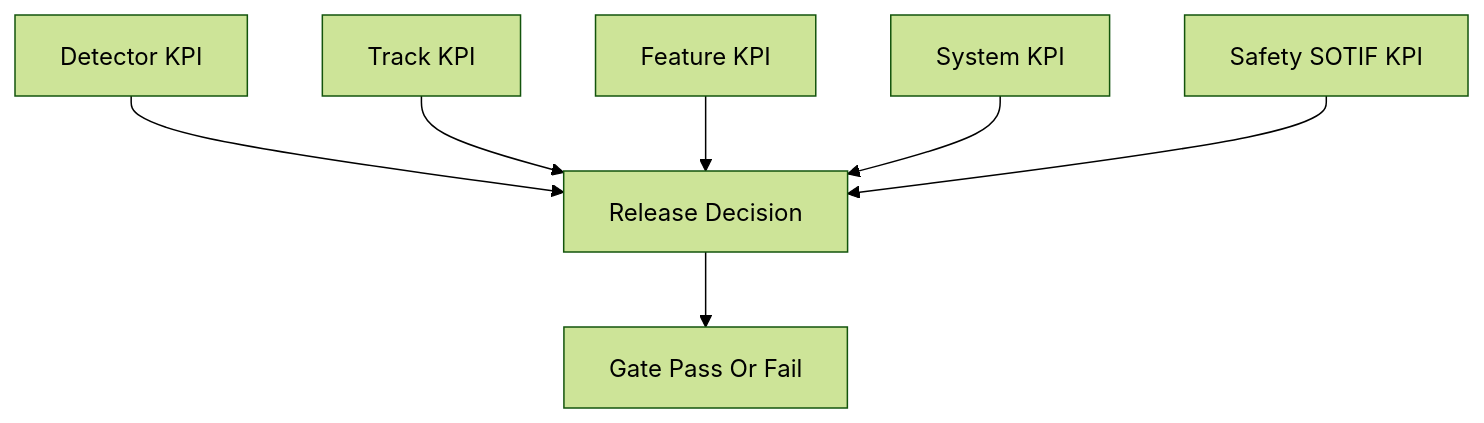
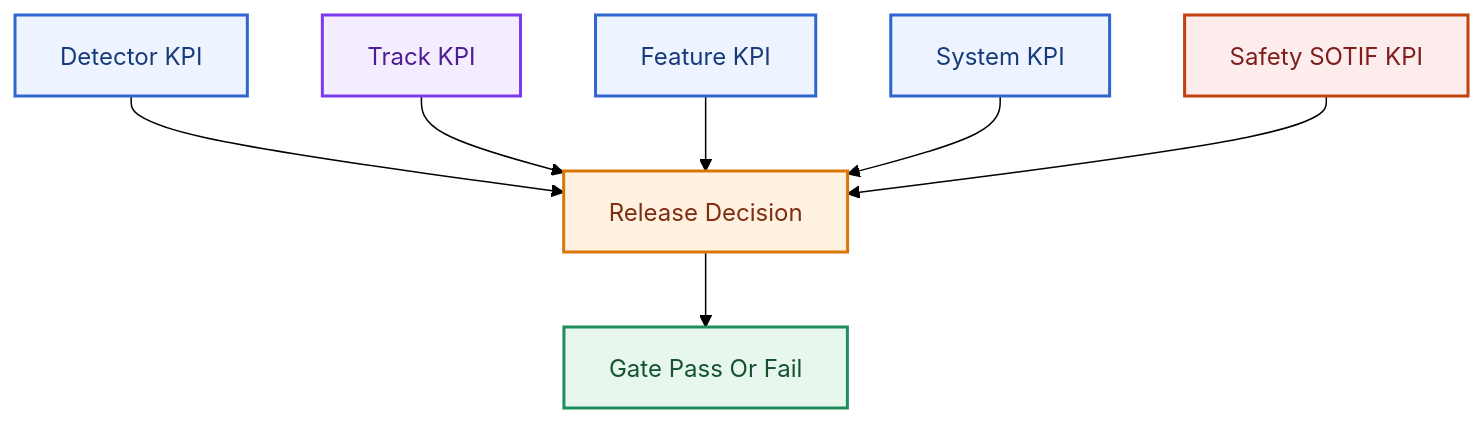
The second of 11 diagrams in research/2.research_tsr_baseline_analysis.md (LeNguyenHaiDuong/adas-tsr), drawn with Mermaid (forest theme) before and after one commit. The commit also changed other lines of this file and 5 other files, not shown here.

Commit message:
Add mermaid color

````diff
--- a/research/2.research_tsr_baseline_analysis.md
+++ b/research/2.research_tsr_baseline_analysis.md
@@ -264,9 +290,20 @@
 ```mermaid
 flowchart TD
     A[Detector KPI] --> F[Release Decision]
     B[Track KPI] --> F
     C[Feature KPI] --> F
     D[System KPI] --> F
     E[Safety SOTIF KPI] --> F
     F --> G[Gate Pass Or Fail]
+
+    classDef feature fill:#EDF3FF,stroke:#2F66D0,color:#173B7A,stroke-width:2px;
+    classDef temporal fill:#F4ECFF,stroke:#7C3AED,color:#4C1D95,stroke-width:2px;
+    classDef risk fill:#FDECEC,stroke:#C2410C,color:#7F1D1D,stroke-width:2px;
+    classDef decision fill:#FFF1E0,stroke:#D97706,color:#7C2D12,stroke-width:2px;
+    classDef integration fill:#E8F7EE,stroke:#1E8E5A,color:#14532D,stroke-width:2px;
+    class A,C,D feature;
+    class B temporal;
+    class E risk;
+    class F decision;
+    class G integration;
 ```
````
